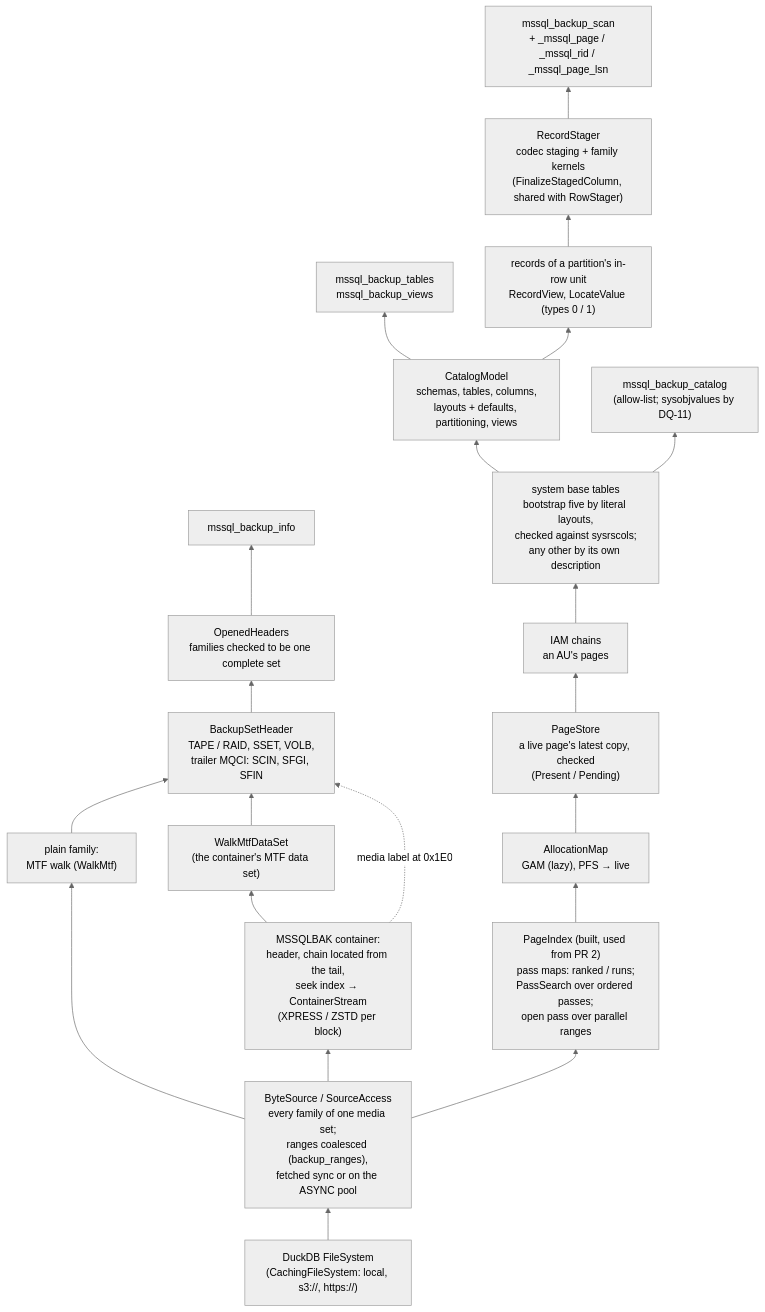
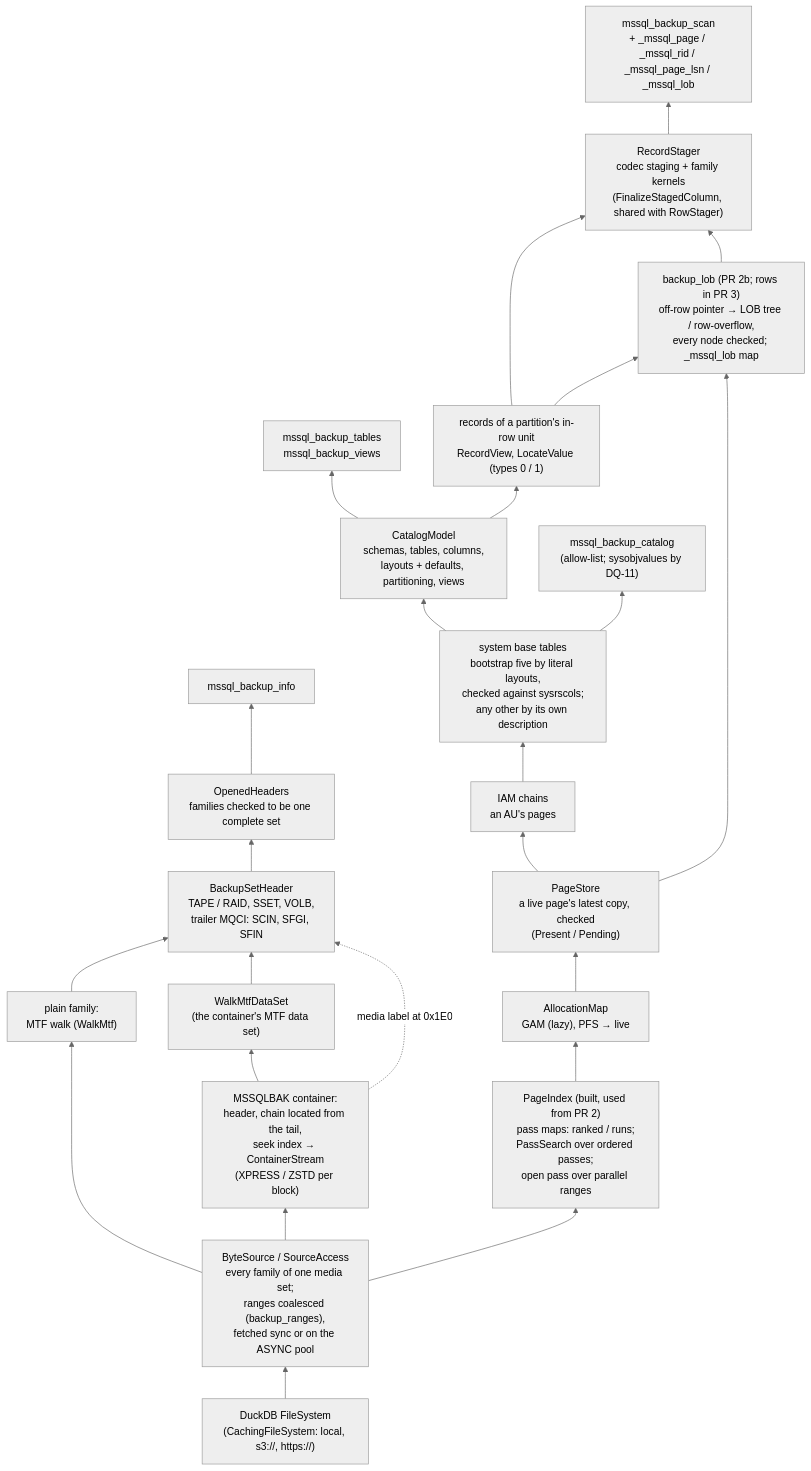
Before and after one commit to hugr-lab/mssql-extension: diagram 19 of 20 in DATAMODEL.md, drawn with Mermaid (neutral theme). The commit also changed other lines of this file and 6 other files, not shown here.

First line of the commit message:
docs(backup): spec 085 PR 3 S8 -- values stored off row, documented

````diff
--- a/DATAMODEL.md
+++ b/DATAMODEL.md
@@ -1402,23 +1402,26 @@
 ```mermaid
 flowchart BT
   fs["DuckDB FileSystem<br/>(CachingFileSystem: local, s3://, https://)"] --> src["ByteSource / SourceAccess<br/>every family of one media set;<br/>ranges coalesced (backup_ranges),<br/>fetched sync or on the ASYNC pool"]
   src --> plain["plain family:<br/>MTF walk (WalkMtf)"]
   src --> cont["MSSQLBAK container:<br/>header, chain located from the tail,<br/>seek index → ContainerStream<br/>(XPRESS / ZSTD per block)"]
   cont --> ds["WalkMtfDataSet<br/>(the container's MTF data set)"]
   plain --> set["BackupSetHeader<br/>TAPE / RAID, SSET, VOLB,<br/>trailer MQCI: SCIN, SFGI, SFIN"]
   ds --> set
   cont -. media label at 0x1E0 .-> set
   set --> opened["OpenedHeaders<br/>families checked to be one complete set"]
   opened --> info["mssql_backup_info"]
   src --> idx["PageIndex (built, used from PR 2)<br/>pass maps: ranked / runs;<br/>PassSearch over ordered passes;<br/>open pass over parallel ranges"]
   idx --> alloc["AllocationMap<br/>GAM (lazy), PFS → live"]
   alloc --> store["PageStore<br/>a live page's latest copy, checked<br/>(Present / Pending)"]
   store --> iam["IAM chains<br/>an AU's pages"]
   iam --> sys["system base tables<br/>bootstrap five by literal layouts,<br/>checked against sysrscols;<br/>any other by its own description"]
   sys --> model["CatalogModel<br/>schemas, tables, columns,<br/>layouts + defaults, partitioning, views"]
   model --> tables["mssql_backup_tables<br/>mssql_backup_views"]
   sys --> basetables["mssql_backup_catalog<br/>(allow-list; sysobjvalues by DQ-11)"]
   model --> rec["records of a partition's in-row unit<br/>RecordView, LocateValue (types 0 / 1)"]
   rec --> stager["RecordStager<br/>codec staging + family kernels<br/>(FinalizeStagedColumn, shared with RowStager)"]
-  stager --> scan["mssql_backup_scan<br/>+ _mssql_page / _mssql_rid / _mssql_page_lsn"]
+  rec --> lob["backup_lob (PR 2b; rows in PR 3)<br/>off-row pointer → LOB tree / row-overflow,<br/>every node checked; _mssql_lob map"]
+  store --> lob
+  lob --> stager
+  stager --> scan["mssql_backup_scan<br/>+ _mssql_page / _mssql_rid / _mssql_page_lsn / _mssql_lob"]
 ```
````
